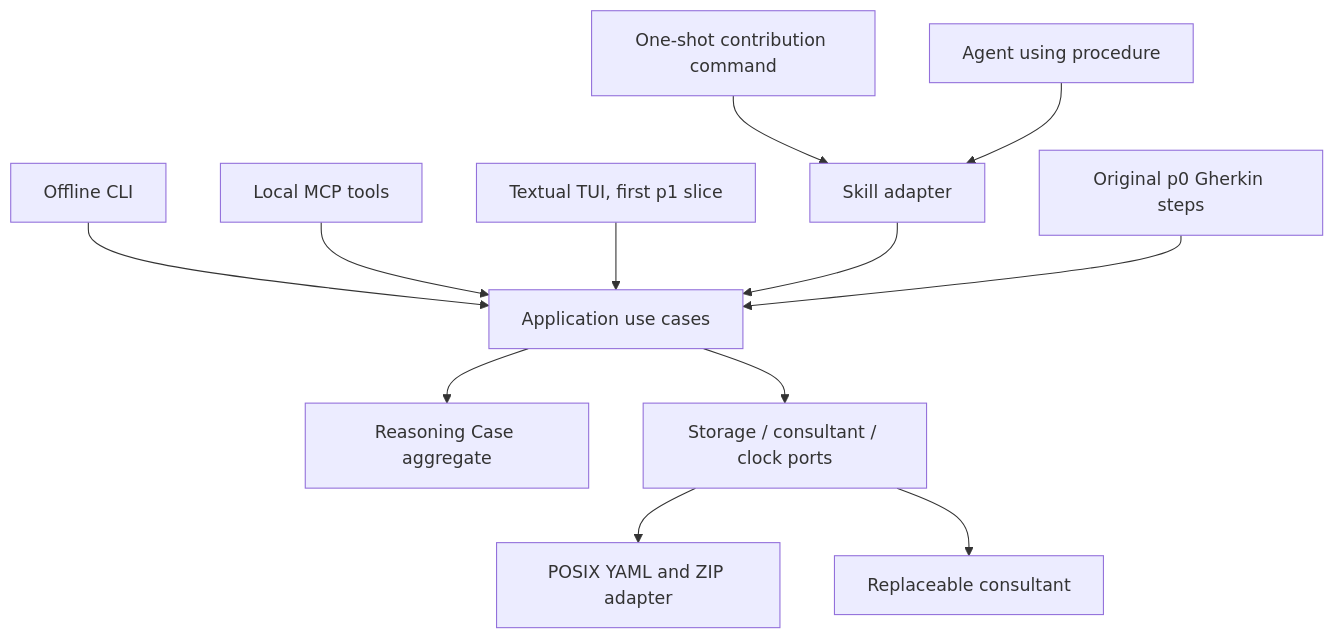
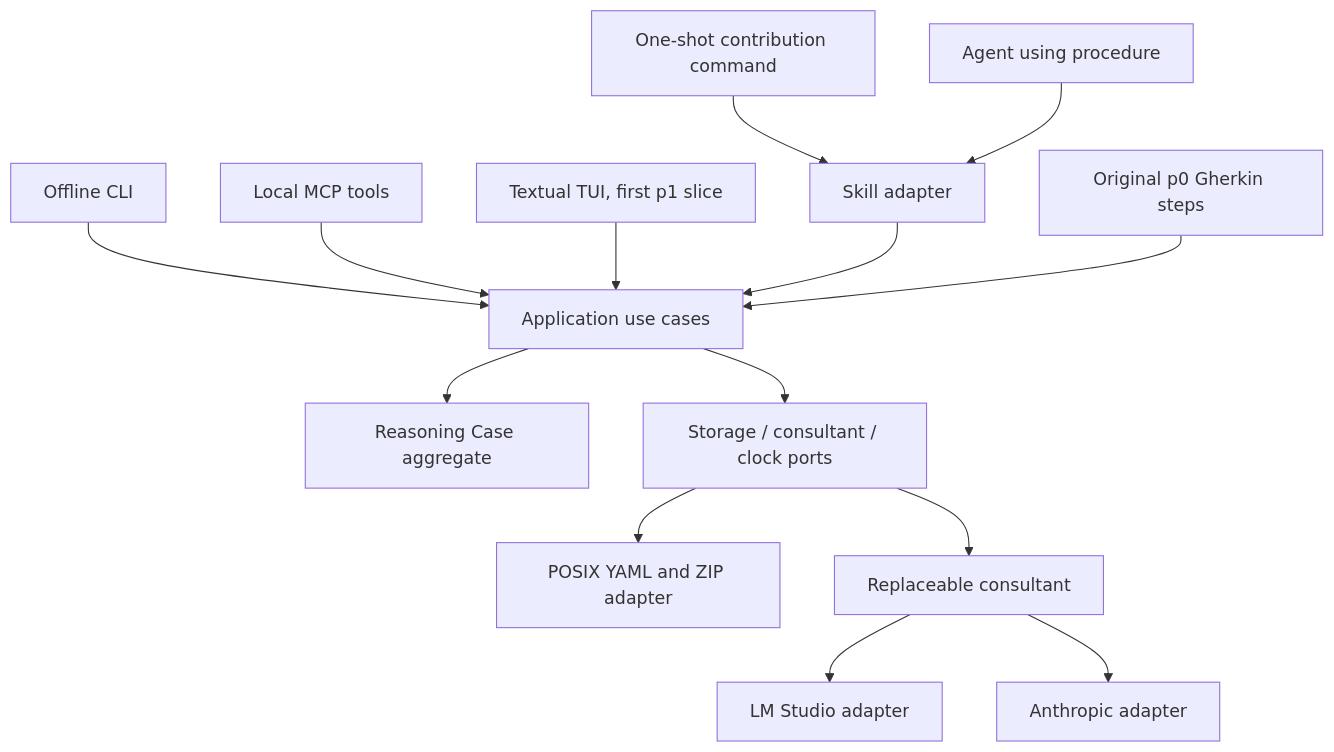
The diagram in ARCHITECTURE.md (life-itself/reason-commons-tui), drawn with Mermaid before and after one commit. The commit also changed other lines of this file and 30 other files, not shown here.

````diff
--- a/ARCHITECTURE.md
+++ b/ARCHITECTURE.md
@@ -8,14 +11,16 @@
 ```mermaid
 flowchart TD
   CLI[Offline CLI] --> App[Application use cases]
   Invocation[One-shot contribution command] --> Skill
   MCP[Local MCP tools] --> App
   TUI[Textual TUI, first p1 slice] --> App
   Agent[Agent using procedure] --> Skill[Skill adapter]
   Skill --> App
   BDD[Original p0 Gherkin steps] --> App
   App --> Domain[Reasoning Case aggregate]
   App --> Ports[Storage / consultant / clock ports]
   Ports --> FS[POSIX YAML and ZIP adapter]
   Ports --> Provider[Replaceable consultant]
+  Provider --> LMS[LM Studio adapter]
+  Provider --> Anth[Anthropic adapter]
 ```
````
